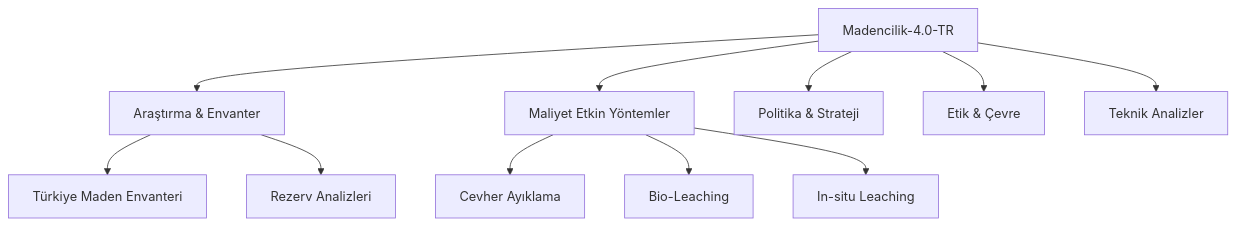
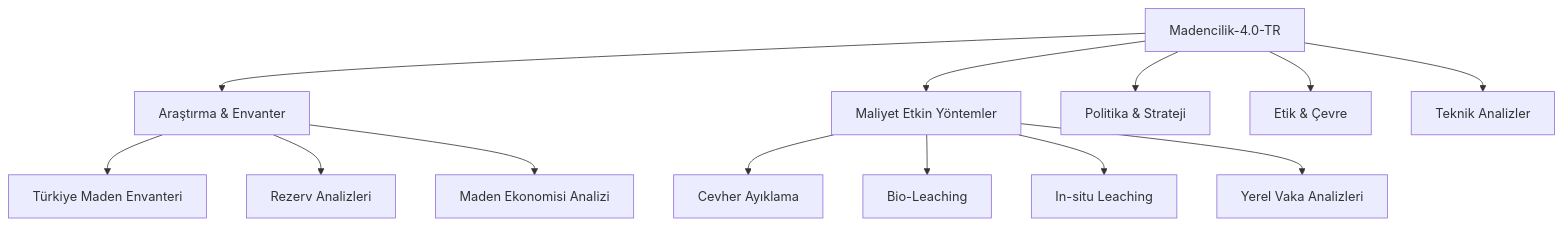
Before and after one commit to arch-yunus/turkiye-maden-vizyonu-ve-strateji-kulliyati: the diagram in README.md, drawn with Mermaid. The commit also changed other lines of this file and 3 other files, not shown here.

````diff
--- a/README.md
+++ b/README.md
@@ -30,15 +30,17 @@
 ```mermaid
 graph TD
     Root[Madencilik-4.0-TR] --> AR[Araştırma & Envanter]
     Root --> ME[Maliyet Etkin Yöntemler]
     Root --> PS[Politika & Strateji]
     Root --> EC[Etik & Çevre]
     Root --> TA[Teknik Analizler]
     
     AR --> AR1[Türkiye Maden Envanteri]
     AR --> AR2[Rezerv Analizleri]
+    AR --> AR3[Maden Ekonomisi Analizi]
     
     ME --> ME1[Cevher Ayıklama]
     ME --> ME2[Bio-Leaching]
     ME --> ME3[In-situ Leaching]
+    ME --> ME4[Yerel Vaka Analizleri]
 ```
````
